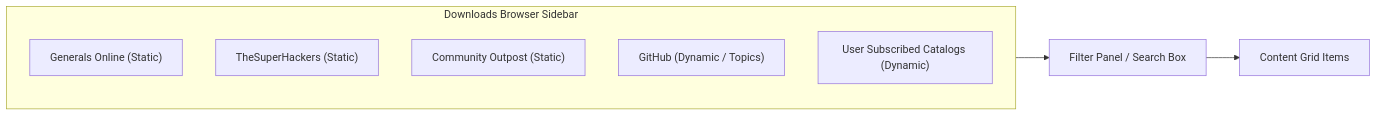
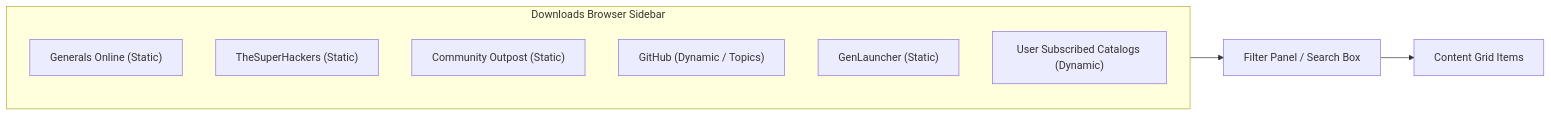
One commit to community-outpost/GenHub changed the second of 5 diagrams in docs/features/downloads.md. Above: the diagram before and after it, drawn with Mermaid. The commit also changed other lines of this file and 8 other files, not shown here.

````diff
--- a/docs/features/downloads.md
+++ b/docs/features/downloads.md
@@ -125,14 +125,15 @@
 ```mermaid
 flowchart LR
     subgraph Sidebar["Downloads Browser Sidebar"]
         direction TB
         B1["Generals Online (Static)"]
         B2["TheSuperHackers (Static)"]
         B3["Community Outpost (Static)"]
         B4["GitHub (Dynamic / Topics)"]
+        B5["GenLauncher (Static)"]
         S1["User Subscribed Catalogs (Dynamic)"]
     end
 
     Sidebar --> Filter["Filter Panel / Search Box"]
     Filter --> Grid["Content Grid Items"]
 ```
````
